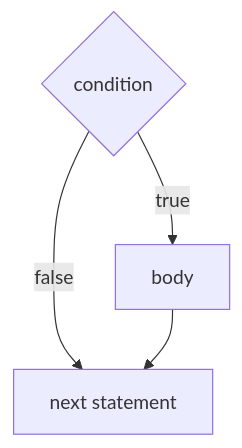
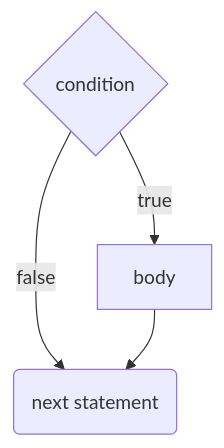
One commit to Allen-B1/java-lessons changed the first of 3 diagrams in C1.md. Above: the diagram before and after it, drawn with Mermaid. The commit also changed other lines of this file and 5 other files, not shown here.

Commit message:
Fix loop diagrams

````diff
--- a/C1.md
+++ b/C1.md
@@ -13,6 +13,6 @@
 ```mermaid
 graph TD
 condition{"condition"} --> |true| body["body"]
-condition --> |false| continue["next statement"]
-body --> continue
+condition --> |false| next("next statement")
+body --> next
 ```
````
